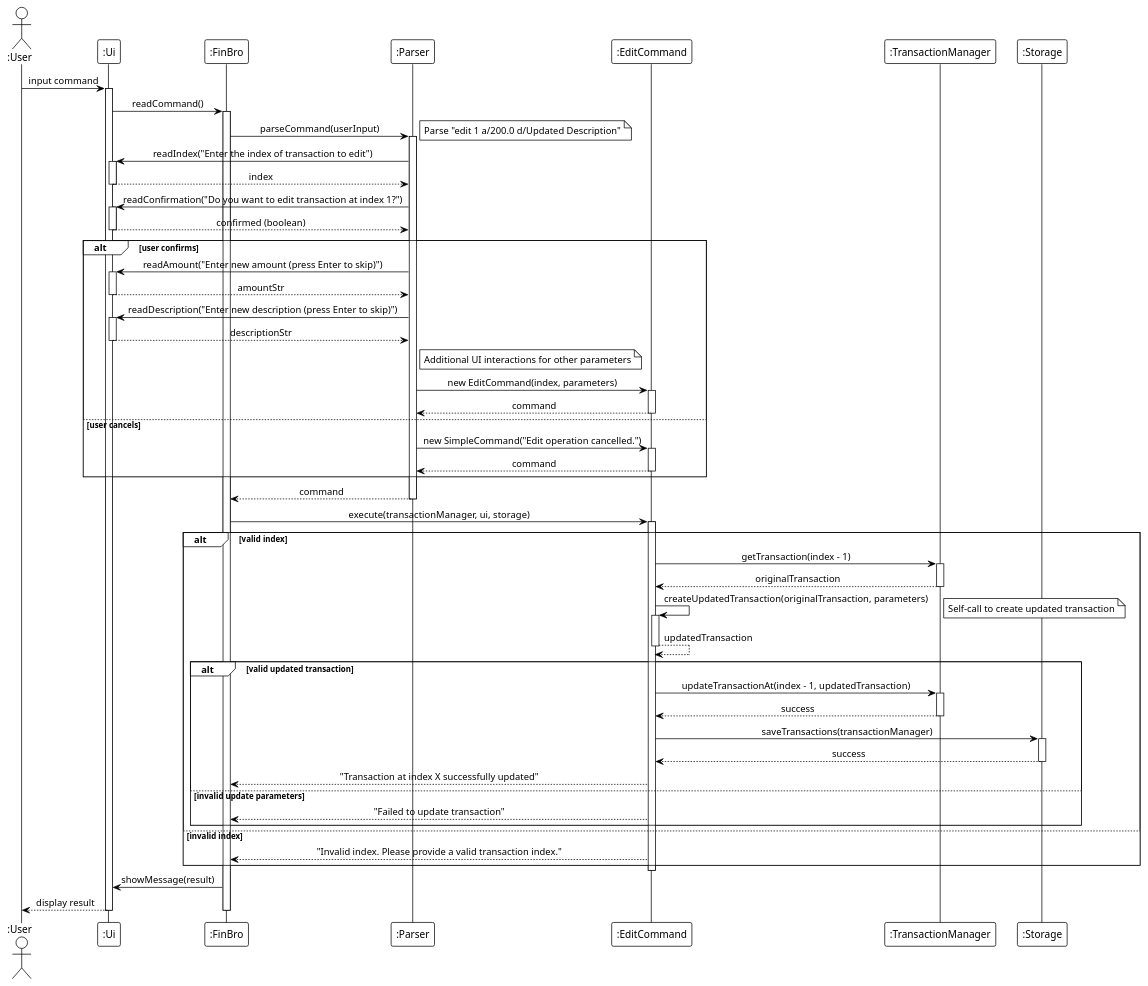
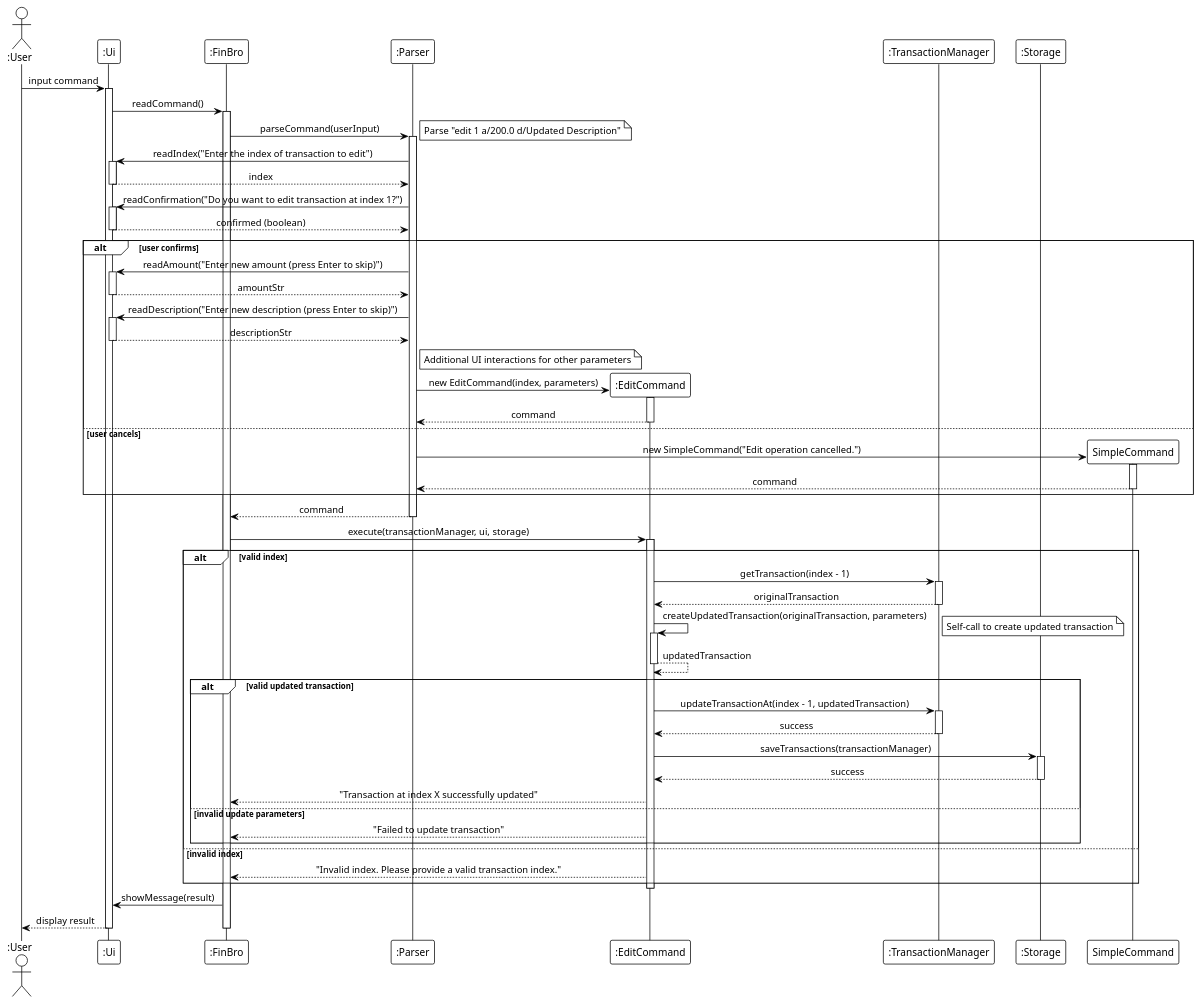
Before and after one commit to laitcanard05/tp: diagram 21 of 21 in docs/DeveloperGuide.md, drawn with PlantUML. The commit also changed other lines of this file, not shown here.

```diff
--- a/docs/DeveloperGuide.md
+++ b/docs/DeveloperGuide.md
@@ -1817,15 +1829,17 @@
 
     note right of Parser: Additional UI interactions for other parameters
 
+    create EditCommand
     Parser -> EditCommand : new EditCommand(index, parameters)
     activate EditCommand
     EditCommand --> Parser : command
     deactivate EditCommand
 else user cancels
-    Parser -> EditCommand : new SimpleCommand("Edit operation cancelled.")
-    activate EditCommand
-    EditCommand --> Parser : command
-    deactivate EditCommand
+    create "SimpleCommand"
+    Parser -> "SimpleCommand" : new SimpleCommand("Edit operation cancelled.")
+    activate "SimpleCommand"
+    "SimpleCommand" --> Parser : command
+    deactivate "SimpleCommand"
 end
 
 Parser --> FinBro : command
```
